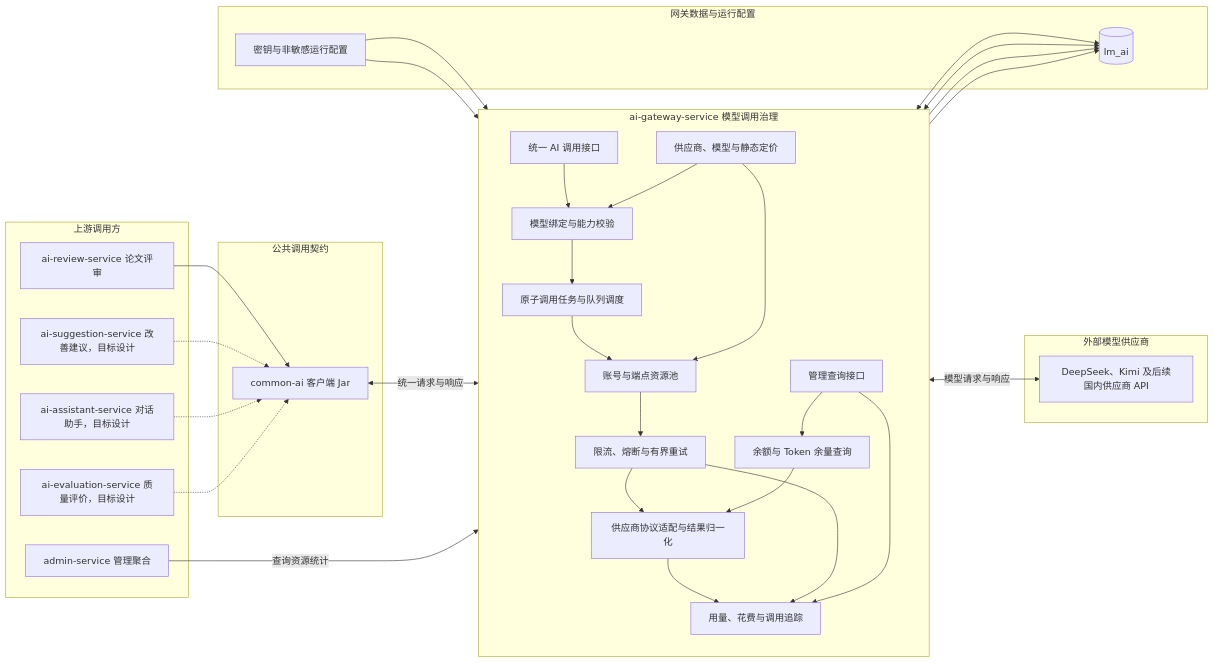
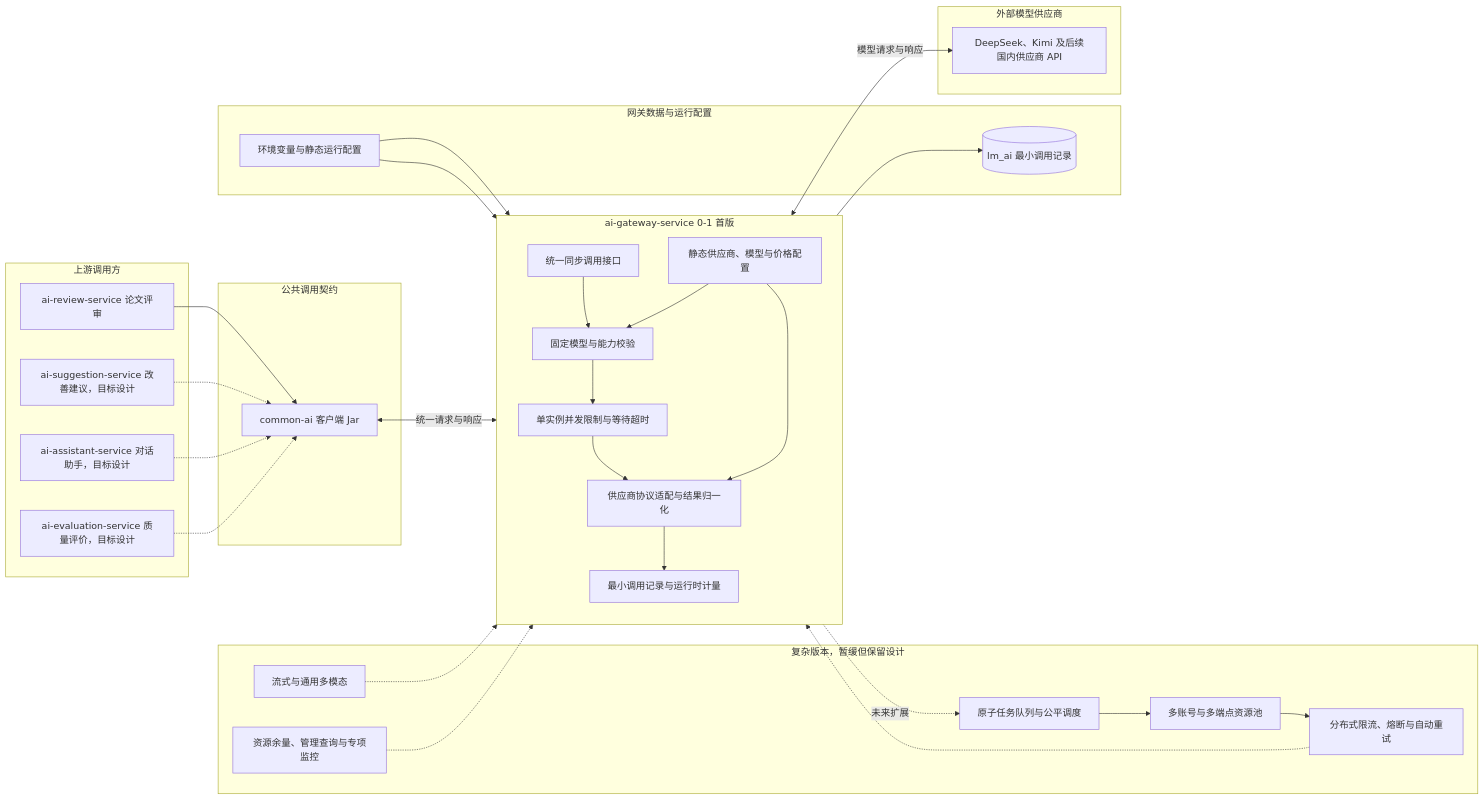
One commit to Dorian7Alden/LeetModel changed the diagram in docs/project/03-微服务设计/ai-gateway-service/README.md. Above: the diagram before and after it, drawn with Mermaid. The commit also changed other lines of this file and 24 other files, not shown here.

````diff
--- a/docs/project/03-微服务设计/ai-gateway-service/README.md
+++ b/docs/project/03-微服务设计/ai-gateway-service/README.md
@@ -15,65 +17,65 @@
 ```mermaid
 flowchart LR
     subgraph callers["上游调用方"]
         reviewService["ai-review-service 论文评审"]
         suggestionService["ai-suggestion-service 改善建议，目标设计"]
         assistantService["ai-assistant-service 对话助手，目标设计"]
         evaluationService["ai-evaluation-service 质量评价，目标设计"]
-        adminService["admin-service 管理聚合"]
     end
 
     subgraph clientSdk["公共调用契约"]
         commonAi["common-ai 客户端 Jar"]
     end
 
-    subgraph aiGateway["ai-gateway-service 模型调用治理"]
+    subgraph aiGateway["ai-gateway-service 0-1 首版"]
         direction TB
-        callApi["统一 AI 调用接口"]
-        catalog["供应商、模型与静态定价"]
-        binding["模型绑定与能力校验"]
-        taskQueue["原子调用任务与队列调度"]
-        resourcePool["账号与端点资源池"]
-        stability["限流、熔断与有界重试"]
+        callApi["统一同步调用接口"]
+        catalog["静态供应商、模型与价格配置"]
+        binding["固定模型与能力校验"]
+        localLimit["单实例并发限制与等待超时"]
         adapter["供应商协议适配与结果归一化"]
-        metering["用量、花费与调用追踪"]
-        resourceBalance["余额与 Token 余量查询"]
-        adminApi["管理查询接口"]
+        metering["最小调用记录与运行时计量"]
 
         callApi --> binding
         catalog --> binding
-        binding --> taskQueue
+        binding --> localLimit
+        localLimit --> adapter
+        catalog --> adapter
+        adapter --> metering
+    end
+
+    subgraph future["复杂版本，暂缓但保留设计"]
+        taskQueue["原子任务队列与公平调度"]
+        resourcePool["多账号与多端点资源池"]
+        advancedStability["分布式限流、熔断与自动重试"]
+        stream["流式与通用多模态"]
+        management["资源余量、管理查询与专项监控"]
+
         taskQueue --> resourcePool
-        catalog --> resourcePool
-        resourcePool --> stability
-        stability --> adapter
-        adapter --> metering
-        stability --> metering
-        adminApi --> metering
-        adminApi --> resourceBalance
-        resourceBalance --> adapter
+        resourcePool --> advancedStability
     end
 
     subgraph support["网关数据与运行配置"]
-        aiDatabase[(lm_ai)]
-        secretConfig["密钥与非敏感运行配置"]
+        aiDatabase[(lm_ai 最小调用记录)]
+        secretConfig["环境变量与静态运行配置"]
     end
 
     subgraph providers["外部模型供应商"]
         providerApi["DeepSeek、Kimi 及后续国内供应商 API"]
     end
 
     reviewService --> commonAi
     suggestionService -.-> commonAi
     assistantService -.-> commonAi
     evaluationService -.-> commonAi
     commonAi <-->|"统一请求与响应"| callApi
-    adminService -->|"查询资源统计"| adminApi
 
-    catalog <--> aiDatabase
-    taskQueue <--> aiDatabase
     metering --> aiDatabase
-    resourceBalance --> aiDatabase
-    secretConfig --> resourcePool
+    secretConfig --> catalog
     secretConfig --> adapter
     adapter <-->|"模型请求与响应"| providerApi
+    callApi -.->|"未来扩展"| taskQueue
+    advancedStability -.-> adapter
+    stream -.-> adapter
+    management -.-> metering
 ```
````
